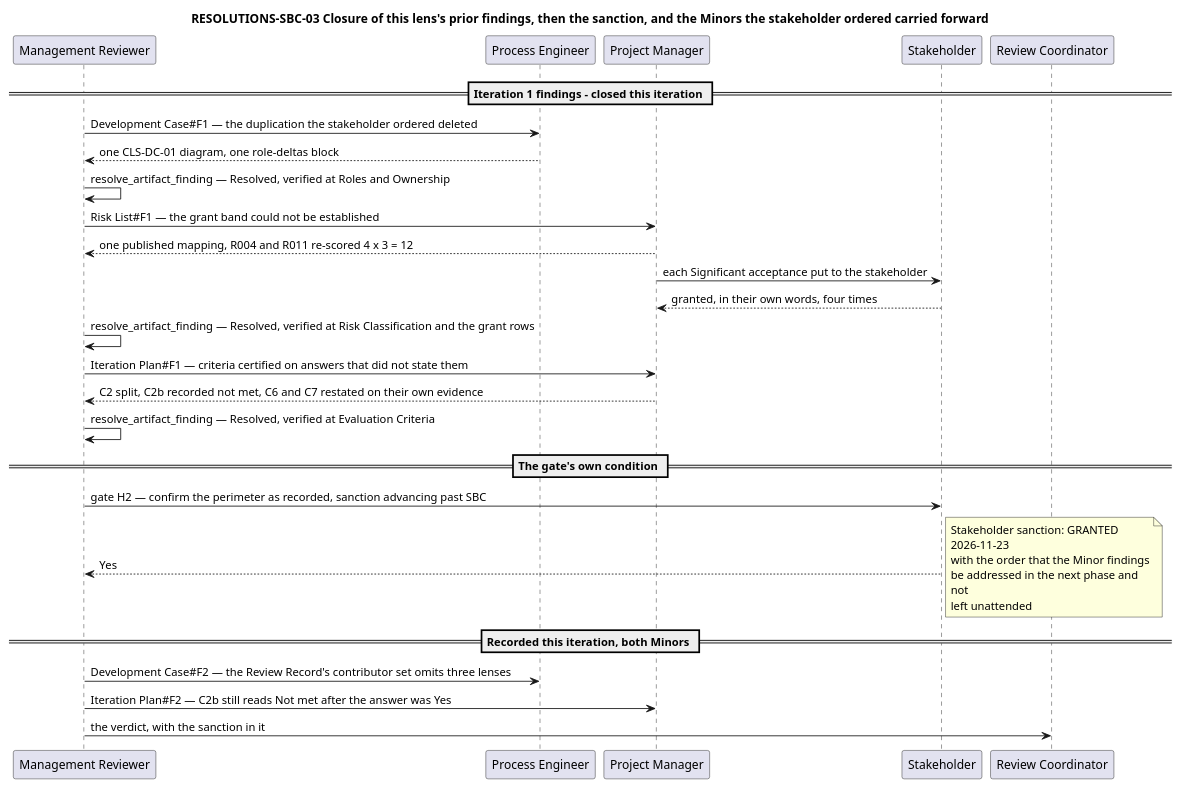
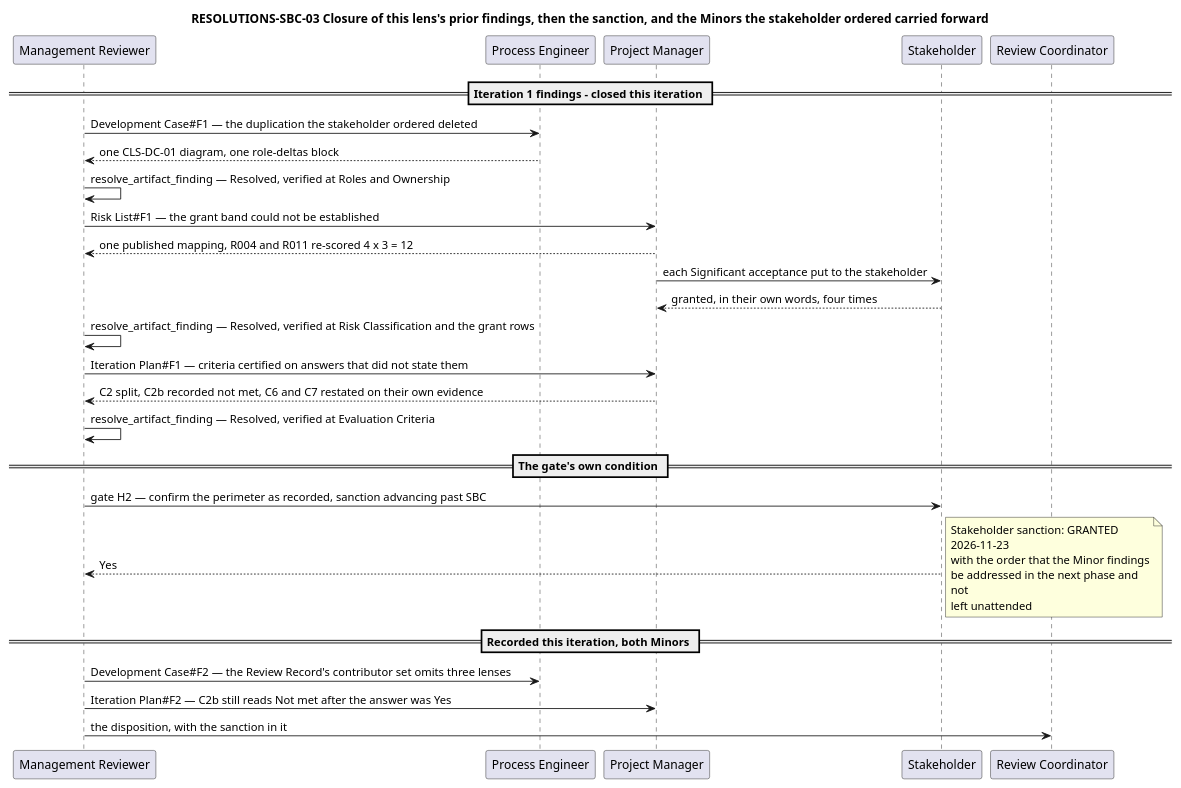
Before and after one commit to banense-test/TodoApp: the ninth of 13 diagrams in docs/artifacts/project-management/review-record.md, drawn with PlantUML. The commit also changed other lines of this file, not shown here.

````diff
--- a/docs/artifacts/project-management/review-record.md
+++ b/docs/artifacts/project-management/review-record.md
@@ -713,46 +713,46 @@
 ```plantuml
 @startuml
 title RESOLUTIONS-SBC-03 Closure of this lens's prior findings, then the sanction, and the Minors the stakeholder ordered carried forward
 
 skinparam shadowing false
 skinparam sequenceMessageAlign left
 skinparam wrapWidth 240
 
 participant "Management Reviewer" as MR
 participant "Process Engineer" as PE
 participant "Project Manager" as PM
 participant "Stakeholder" as SH
 participant "Review Coordinator" as RC
 
 == Iteration 1 findings - closed this iteration ==
 MR -> PE : Development Case#F1 — the duplication the stakeholder ordered deleted
 PE --> MR : one CLS-DC-01 diagram, one role-deltas block
 MR -> MR : resolve_artifact_finding — Resolved, verified at Roles and Ownership
 
 MR -> PM : Risk List#F1 — the grant band could not be established
 PM --> MR : one published mapping, R004 and R011 re-scored 4 x 3 = 12
 PM -> SH : each Significant acceptance put to the stakeholder
 SH --> PM : granted, in their own words, four times
 MR -> MR : resolve_artifact_finding — Resolved, verified at Risk Classification and the grant rows
 
 MR -> PM : Iteration Plan#F1 — criteria certified on answers that did not state them
 PM --> MR : C2 split, C2b recorded not met, C6 and C7 restated on their own evidence
 MR -> MR : resolve_artifact_finding — Resolved, verified at Evaluation Criteria
 
 == The gate's own condition ==
 MR -> SH : gate H2 — confirm the perimeter as recorded, sanction advancing past SBC
 SH --> MR : Yes
 note right
   Stakeholder sanction: GRANTED
   2026-11-23
   with the order that the Minor findings
   be addressed in the next phase and not
   left unattended
 end note
 
 == Recorded this iteration, both Minors ==
 MR -> PE : Development Case#F2 — the Review Record's contributor set omits three lenses
 MR -> PM : Iteration Plan#F2 — C2b still reads Not met after the answer was Yes
-MR -> RC : the verdict, with the sanction in it
+MR -> RC : the disposition, with the sanction in it
 @enduml
 ```
````
